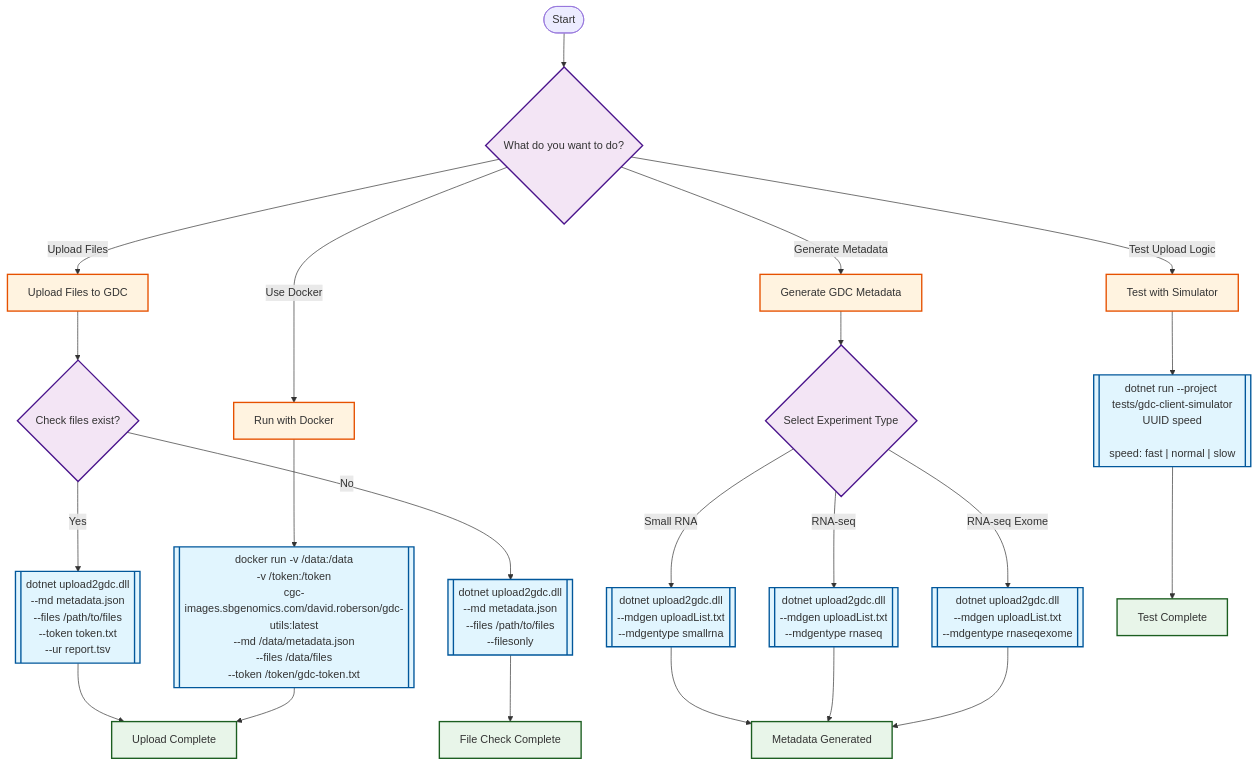
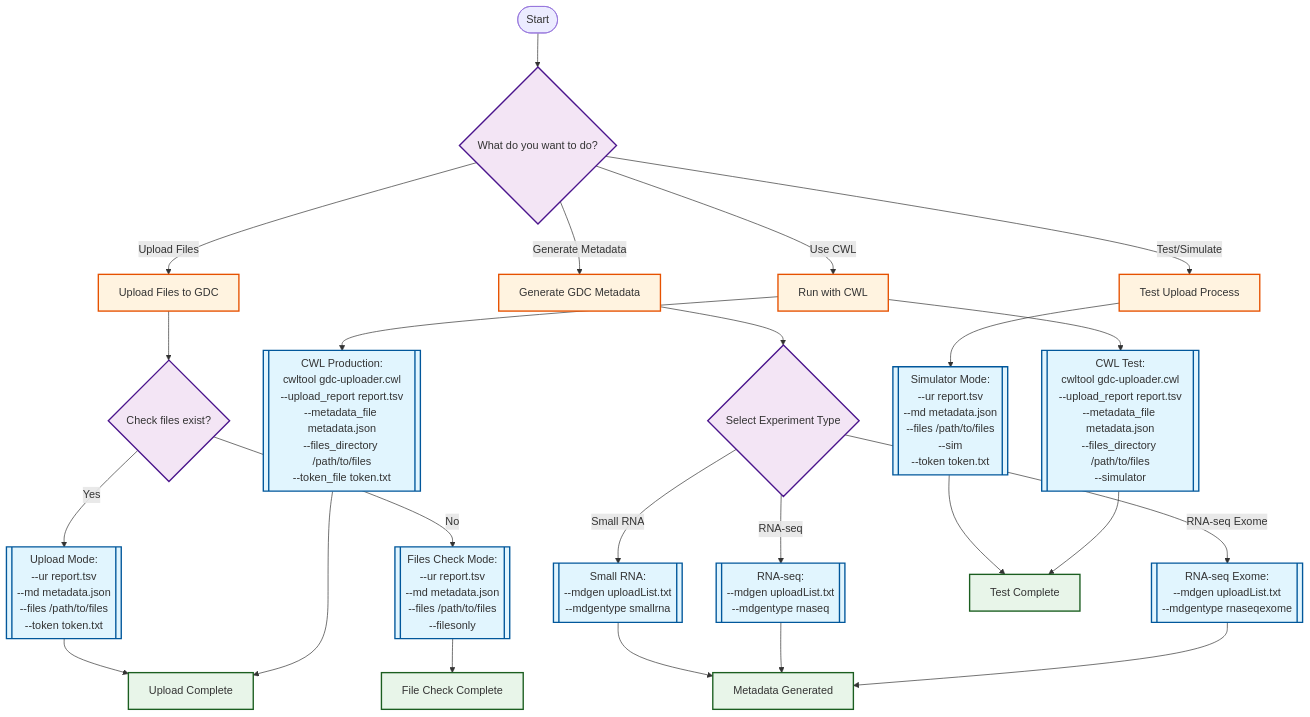
One commit to workflow-library/gdc-uploader changed the diagram in docs/usage-diagram.md. Above: the diagram before and after it, drawn with Mermaid. The commit also changed other lines of this file and 20 other files, not shown here.

````diff
--- a/docs/usage-diagram.md
+++ b/docs/usage-diagram.md
@@ -5,45 +5,47 @@
 ```mermaid
 graph TB
     Start([Start]) --> Choice{What do you want to do?}
     
     %% Upload workflow
     Choice -->|Upload Files| Upload[Upload Files to GDC]
     Upload --> CheckFiles{Check files exist?}
-    CheckFiles -->|Yes| UploadCmd[["dotnet upload2gdc.dll<br/>--md metadata.json<br/>--files /path/to/files<br/>--token token.txt<br/>--ur report.tsv"]]
-    CheckFiles -->|No| FilesOnly[["dotnet upload2gdc.dll<br/>--md metadata.json<br/>--files /path/to/files<br/>--filesonly"]]
+    CheckFiles -->|Yes| UploadReal[["Upload Mode:<br/>--ur report.tsv<br/>--md metadata.json<br/>--files /path/to/files<br/>--token token.txt"]]
+    CheckFiles -->|No| FilesOnly[["Files Check Mode:<br/>--ur report.tsv<br/>--md metadata.json<br/>--files /path/to/files<br/>--filesonly"]]
+    
+    %% Test workflow
+    Choice -->|Test/Simulate| TestMode[Test Upload Process]
+    TestMode --> SimMode[["Simulator Mode:<br/>--ur report.tsv<br/>--md metadata.json<br/>--files /path/to/files<br/>--sim<br/>--token token.txt"]]
     
     %% Metadata generation workflow
     Choice -->|Generate Metadata| GenMeta[Generate GDC Metadata]
     GenMeta --> ExpType{Select Experiment Type}
-    ExpType -->|Small RNA| SmallRNA[["dotnet upload2gdc.dll<br/>--mdgen uploadList.txt<br/>--mdgentype smallrna"]]
-    ExpType -->|RNA-seq| RNASeq[["dotnet upload2gdc.dll<br/>--mdgen uploadList.txt<br/>--mdgentype rnaseq"]]
-    ExpType -->|RNA-seq Exome| RNASeqExome[["dotnet upload2gdc.dll<br/>--mdgen uploadList.txt<br/>--mdgentype rnaseqexome"]]
+    ExpType -->|Small RNA| SmallRNA[["Small RNA:<br/>--mdgen uploadList.txt<br/>--mdgentype smallrna"]]
+    ExpType -->|RNA-seq| RNASeq[["RNA-seq:<br/>--mdgen uploadList.txt<br/>--mdgentype rnaseq"]]
+    ExpType -->|RNA-seq Exome| RNASeqExome[["RNA-seq Exome:<br/>--mdgen uploadList.txt<br/>--mdgentype rnaseqexome"]]
     
-    %% Docker workflow
-    Choice -->|Use Docker| Docker[Run with Docker]
-    Docker --> DockerCmd[["docker run -v /data:/data<br/>-v /token:/token<br/>cgc-images.sbgenomics.com/david.roberson/gdc-utils:latest<br/>--md /data/metadata.json<br/>--files /data/files<br/>--token /token/gdc-token.txt"]]
-    
-    %% Testing workflow
-    Choice -->|Test Upload Logic| Test[Test with Simulator]
-    Test --> SimCmd[["dotnet run --project tests/gdc-client-simulator<br/>UUID speed<br/><br/>speed: fast | normal | slow"]]
+    %% CWL workflow
+    Choice -->|Use CWL| CWLMode[Run with CWL]
+    CWLMode --> CWLTest[["CWL Test:<br/>cwltool gdc-uploader.cwl<br/>--upload_report report.tsv<br/>--metadata_file metadata.json<br/>--files_directory /path/to/files<br/>--simulator"]]
+    CWLMode --> CWLProd[["CWL Production:<br/>cwltool gdc-uploader.cwl<br/>--upload_report report.tsv<br/>--metadata_file metadata.json<br/>--files_directory /path/to/files<br/>--token_file token.txt"]]
     
     %% End states
-    UploadCmd --> Success[Upload Complete]
+    UploadReal --> Success[Upload Complete]
     FilesOnly --> FileCheck[File Check Complete]
+    SimMode --> TestComplete[Test Complete]
     SmallRNA --> MetaGen[Metadata Generated]
     RNASeq --> MetaGen
     RNASeqExome --> MetaGen
-    DockerCmd --> Success
-    SimCmd --> TestComplete[Test Complete]
+    CWLTest --> TestComplete
+    CWLProd --> Success
     
     %% Styling
     classDef command fill:#e1f5fe,stroke:#01579b,stroke-width:2px
     classDef process fill:#fff3e0,stroke:#e65100,stroke-width:2px
     classDef decision fill:#f3e5f5,stroke:#4a148c,stroke-width:2px
     classDef endpoint fill:#e8f5e9,stroke:#1b5e20,stroke-width:2px
     
-    class UploadCmd,FilesOnly,SmallRNA,RNASeq,RNASeqExome,DockerCmd,SimCmd command
-    class Upload,GenMeta,Docker,Test process
+    class UploadReal,FilesOnly,SimMode,SmallRNA,RNASeq,RNASeqExome,CWLTest,CWLProd command
+    class Upload,TestMode,GenMeta,CWLMode process
     class Choice,CheckFiles,ExpType decision
     class Success,FileCheck,MetaGen,TestComplete endpoint
 ```
````
